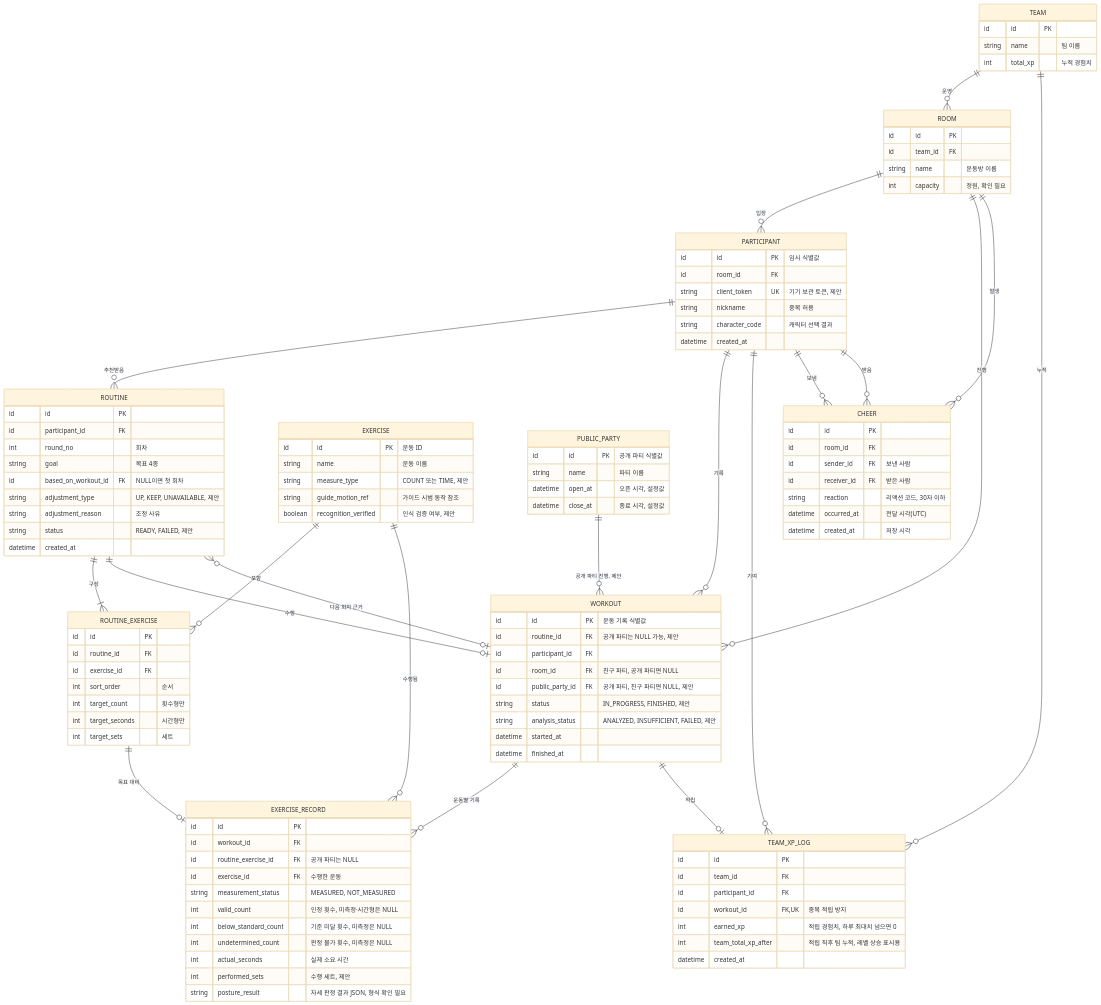
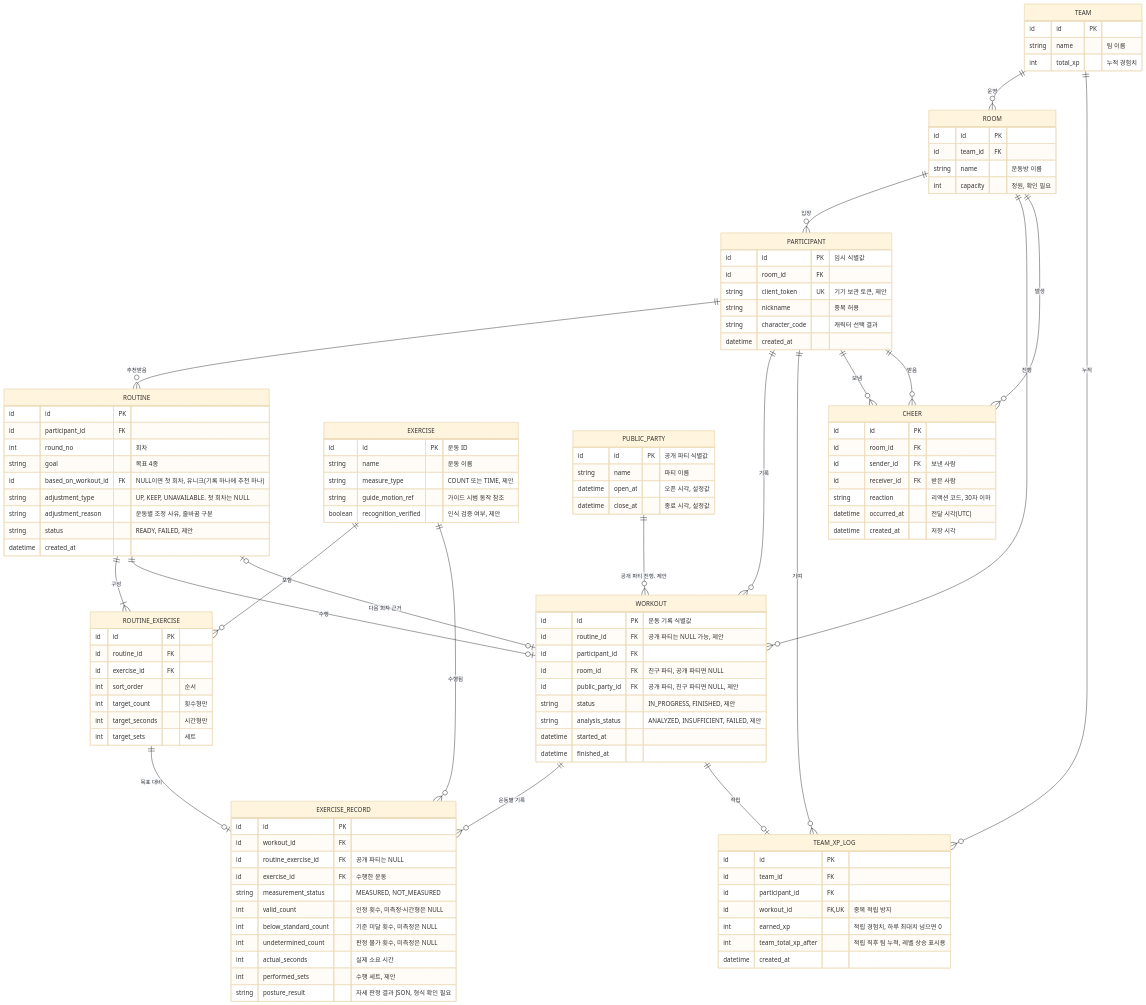
The diagram in docs/ERD.md (20thTeam/fitmate-be), drawn with Mermaid (base theme) before and after one commit. The commit also changed other lines of this file, not shown here.

Commit message:
[Docs/#9] Docs: ERD 루틴 조정 항목과 임시 규칙 기록

```diff
--- a/docs/ERD.md
+++ b/docs/ERD.md
@@ -16,7 +16,7 @@
     PUBLIC_PARTY ||--o{ WORKOUT : "공개 파티 진행, 제안"
     WORKOUT ||--o{ EXERCISE_RECORD : "운동별 기록"
     ROUTINE_EXERCISE ||--o| EXERCISE_RECORD : "목표 대비"
-    WORKOUT |o--o{ ROUTINE : "다음 회차 근거"
+    WORKOUT |o--o| ROUTINE : "다음 회차 근거"
     WORKOUT ||--o| TEAM_XP_LOG : "적립"
     TEAM ||--o{ TEAM_XP_LOG : "누적"
     PARTICIPANT ||--o{ TEAM_XP_LOG : "기여"
@@ -55,9 +55,9 @@
         id participant_id FK
         int round_no "회차"
         string goal "목표 4종"
-        id based_on_workout_id FK "NULL이면 첫 회차"
-        string adjustment_type "UP, KEEP, UNAVAILABLE, 제안"
-        string adjustment_reason "조정 사유"
+        id based_on_workout_id FK "NULL이면 첫 회차, 유니크(기록 하나에 추천 하나)"
+        string adjustment_type "UP, KEEP, UNAVAILABLE. 첫 회차는 NULL"
+        string adjustment_reason "운동별 조정 사유, 줄바꿈 구분"
         string status "READY, FAILED, 제안"
         datetime created_at
     }
```
